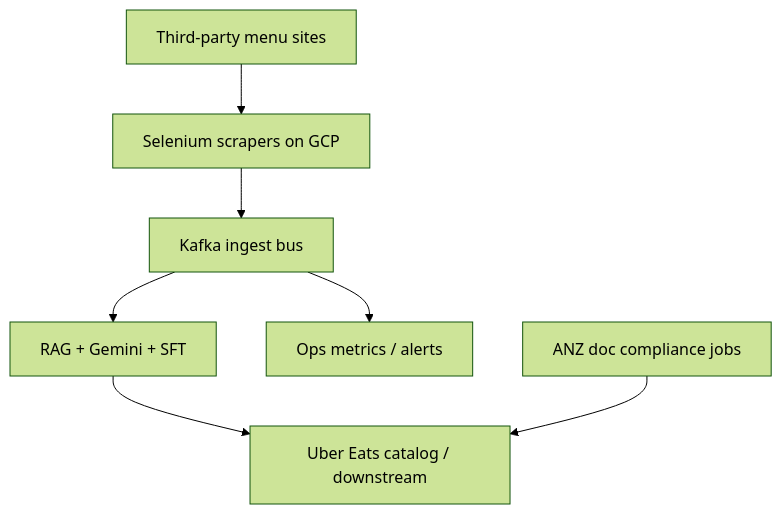
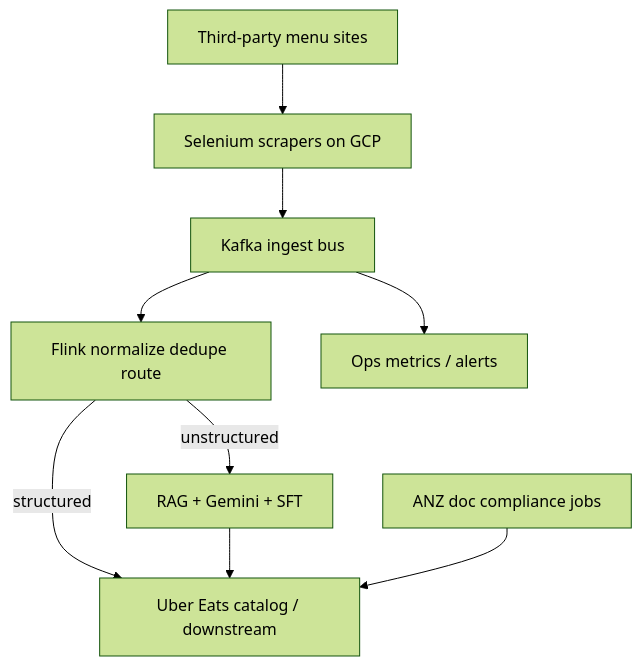
Before and after one commit to TM-DEV-PRO/final-resume: the diagram in campaign_pygo_xyz/interview_prep/architecture/03_uber_menu.md, drawn with Mermaid (forest theme). The commit also changed other lines of this file and 34 other files, not shown here.

````diff
--- a/campaign_pygo_xyz/interview_prep/architecture/03_uber_menu.md
+++ b/campaign_pygo_xyz/interview_prep/architecture/03_uber_menu.md
@@ -30,15 +32,17 @@
 ```mermaid
 flowchart TB
   SRC[Third-party menu sites]
   SEL[Selenium scrapers on GCP]
   KF[Kafka ingest bus]
+  FL[Flink normalize dedupe route]
   RAG[RAG + Gemini + SFT]
   CAT[Uber Eats catalog / downstream]
   OPS[Ops metrics / alerts]
   ANZ[ANZ doc compliance jobs]
 
-  SRC --> SEL --> KF
-  KF --> RAG --> CAT
+  SRC --> SEL --> KF --> FL
+  FL -->|structured| CAT
+  FL -->|unstructured| RAG --> CAT
   KF --> OPS
   ANZ --> CAT
 ```
````
